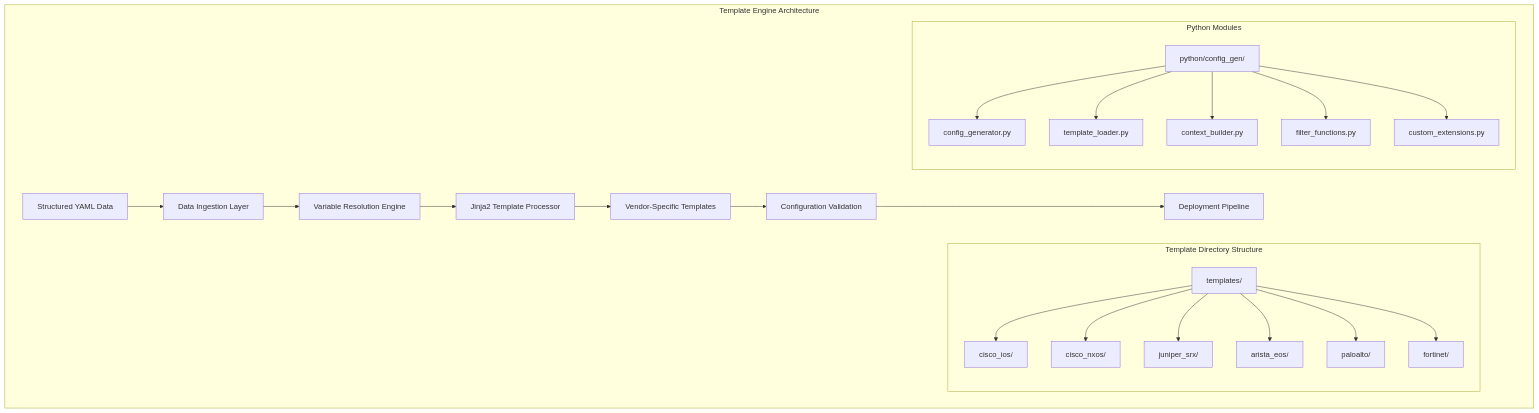
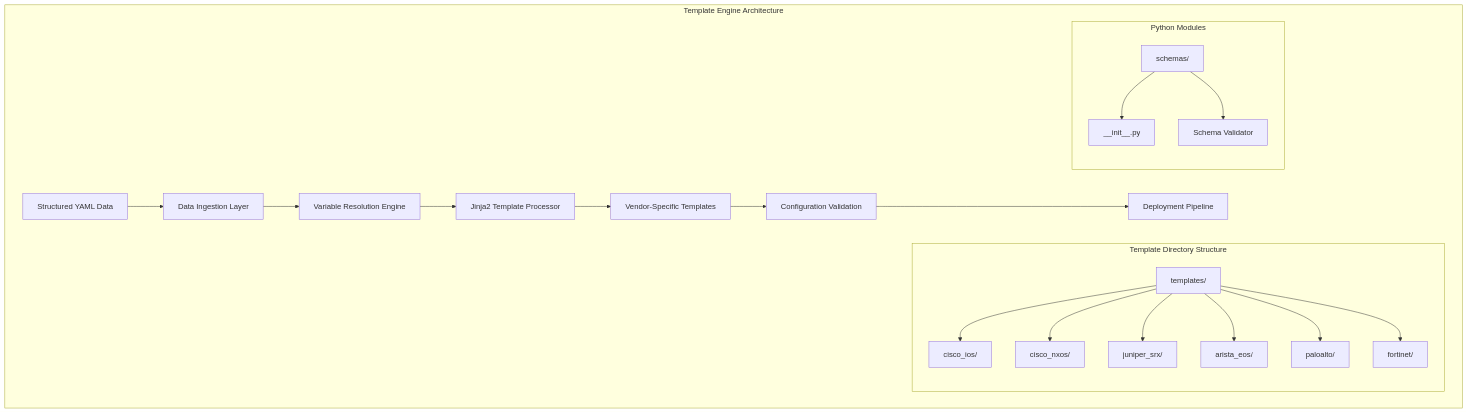
The first of 6 diagrams in .qoder/repowiki/en/content/Core Components/Configuration Management/Template Engine Architecture/Template Engine Architecture.md (shakthi-vinayak/network-automation), drawn with Mermaid before and after one commit. The commit also changed other lines of this file and 144 other files, not shown here.

````diff
--- a/.qoder/repowiki/en/content/Core Components/Configuration Management/Template Engine Architecture/Template Engine Architecture.md
+++ b/.qoder/repowiki/en/content/Core Components/Configuration Management/Template Engine Architecture/Template Engine Architecture.md
@@ -29,26 +47,23 @@
 ```mermaid
 graph TB
 subgraph "Template Engine Architecture"
 A[Structured YAML Data] --> B[Data Ingestion Layer]
 B --> C[Variable Resolution Engine]
 C --> D[Jinja2 Template Processor]
 D --> E[Vendor-Specific Templates]
 E --> F[Configuration Validation]
 F --> G[Deployment Pipeline]
 subgraph "Template Directory Structure"
 H[templates/] --> I[cisco_ios/]
 H --> J[cisco_nxos/]
 H --> K[juniper_srx/]
 H --> L[arista_eos/]
 H --> M[paloalto/]
 H --> N[fortinet/]
 end
 subgraph "Python Modules"
-O[python/config_gen/] --> P[config_generator.py]
-O --> Q[template_loader.py]
-O --> R[context_builder.py]
-O --> S[filter_functions.py]
-O --> T[custom_extensions.py]
+O[schemas/] --> P[__init__.py]
+O --> Q[Schema Validator]
 end
 end
 ```
````
